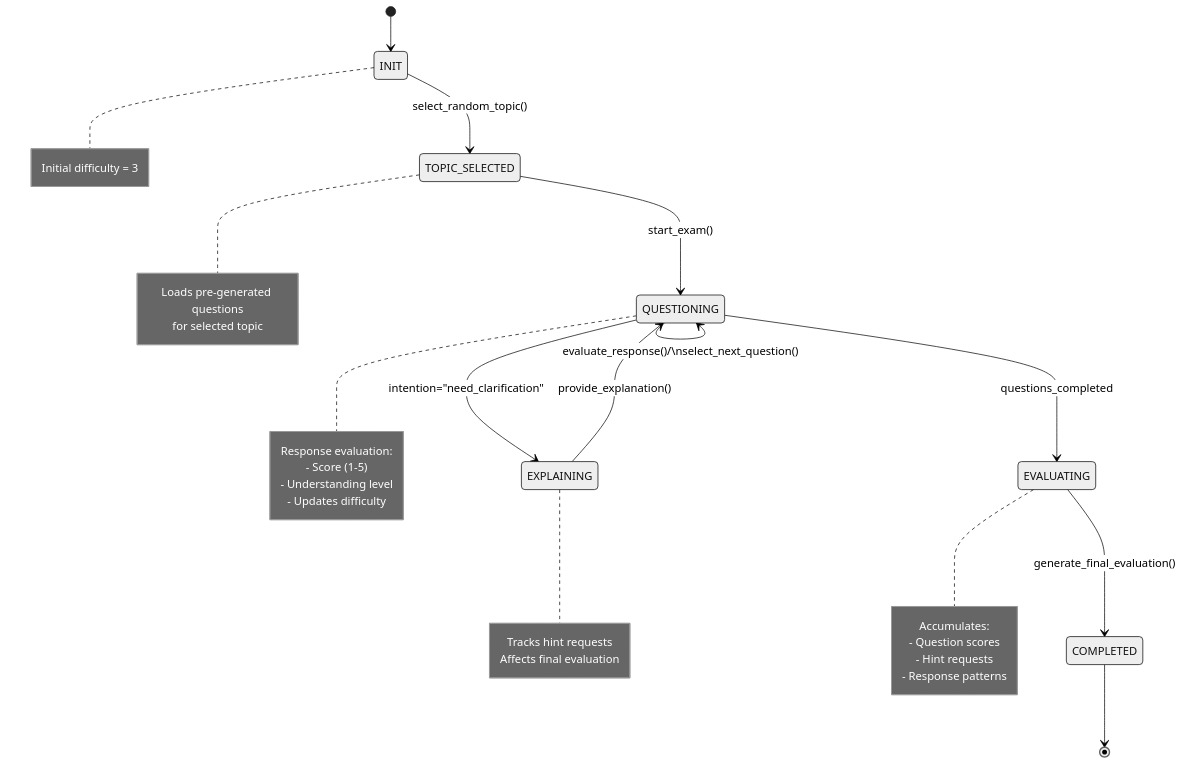
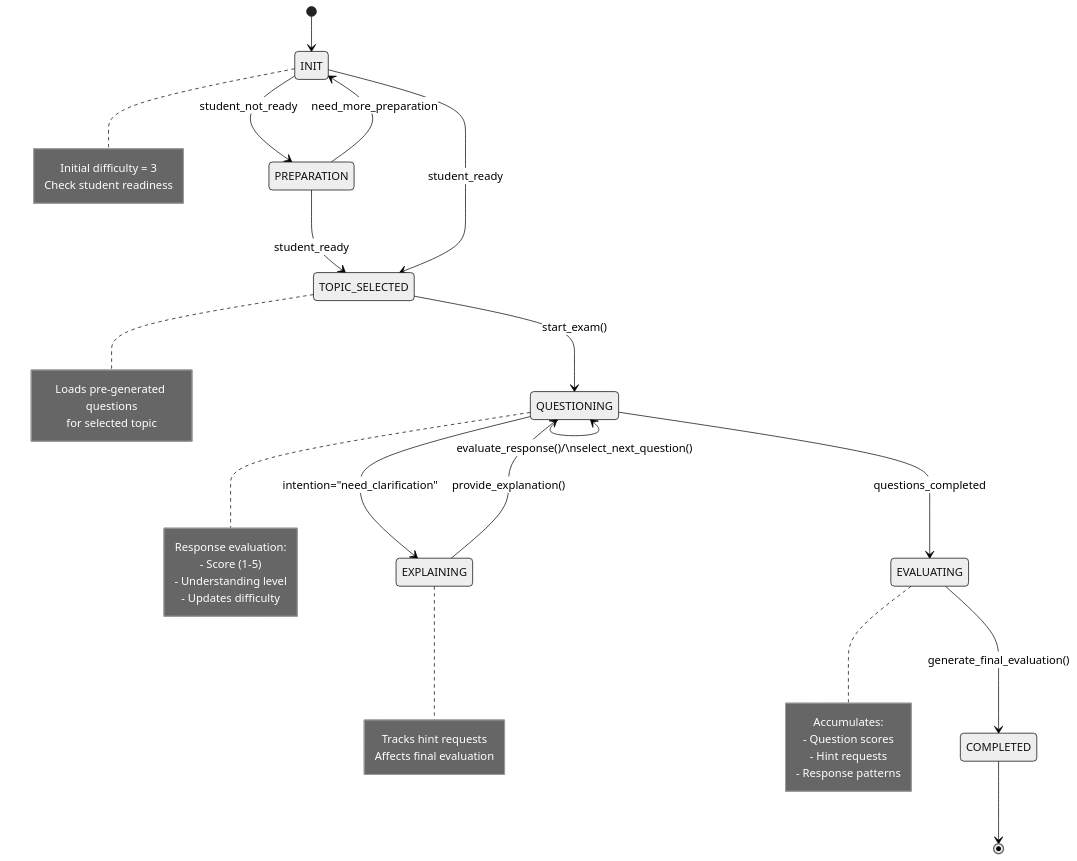
The diagram in docs/StateMachine.md (CHANHaochengZhang/chatexaminer), drawn with Mermaid (neutral theme) before and after one commit. The commit also changed other lines of this file and 2 other files, not shown here.

First line of the commit message:
feat: Enhance state machine with preparation phase and update documentation

````diff
--- a/docs/StateMachine.md
+++ b/docs/StateMachine.md
@@ -8,42 +8,47 @@
 ```mermaid
 stateDiagram-v2
     [*] --> INIT
 
-    INIT --> TOPIC_SELECTED: select_random_topic()
+    INIT --> PREPARATION: student_not_ready
+    PREPARATION --> INIT: need_more_preparation
+    PREPARATION --> TOPIC_SELECTED: student_ready
+
+    INIT --> TOPIC_SELECTED: student_ready
     note right of INIT
         Initial difficulty = 3
+        Check student readiness
     end note
 
     TOPIC_SELECTED --> QUESTIONING: start_exam()
     note right of TOPIC_SELECTED
         Loads pre-generated questions
         for selected topic
     end note
 
     QUESTIONING --> EXPLAINING: intention="need_clarification"
     EXPLAINING --> QUESTIONING: provide_explanation()
     note right of EXPLAINING
         Tracks hint requests
         Affects final evaluation
     end note
 
     QUESTIONING --> QUESTIONING: evaluate_response()/\nselect_next_question()
     note right of QUESTIONING
         Response evaluation:
         - Score (1-5)
         - Understanding level
         - Updates difficulty
     end note
 
     QUESTIONING --> EVALUATING: questions_completed
     note right of EVALUATING
         Accumulates:
         - Question scores
         - Hint requests
         - Response patterns
     end note
 
     EVALUATING --> COMPLETED: generate_final_evaluation()
 
     COMPLETED --> [*]
 ```
````
